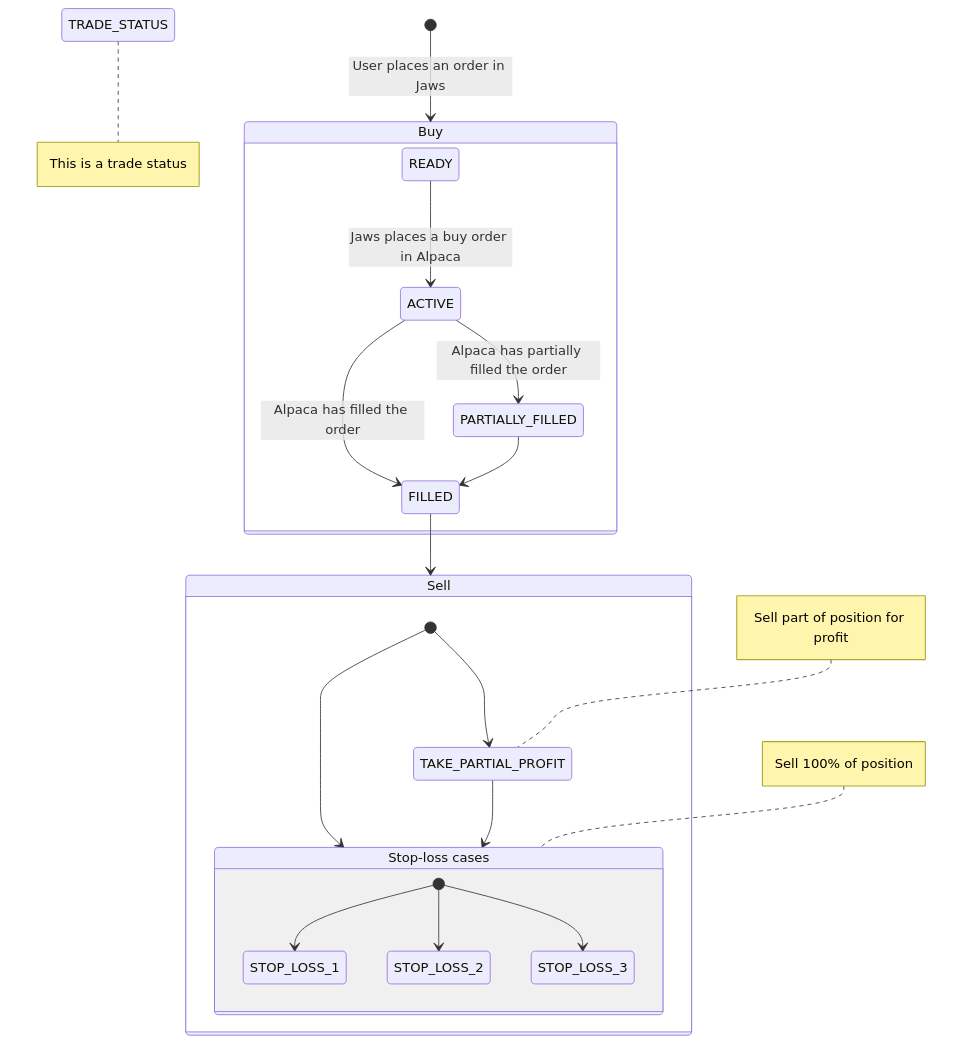
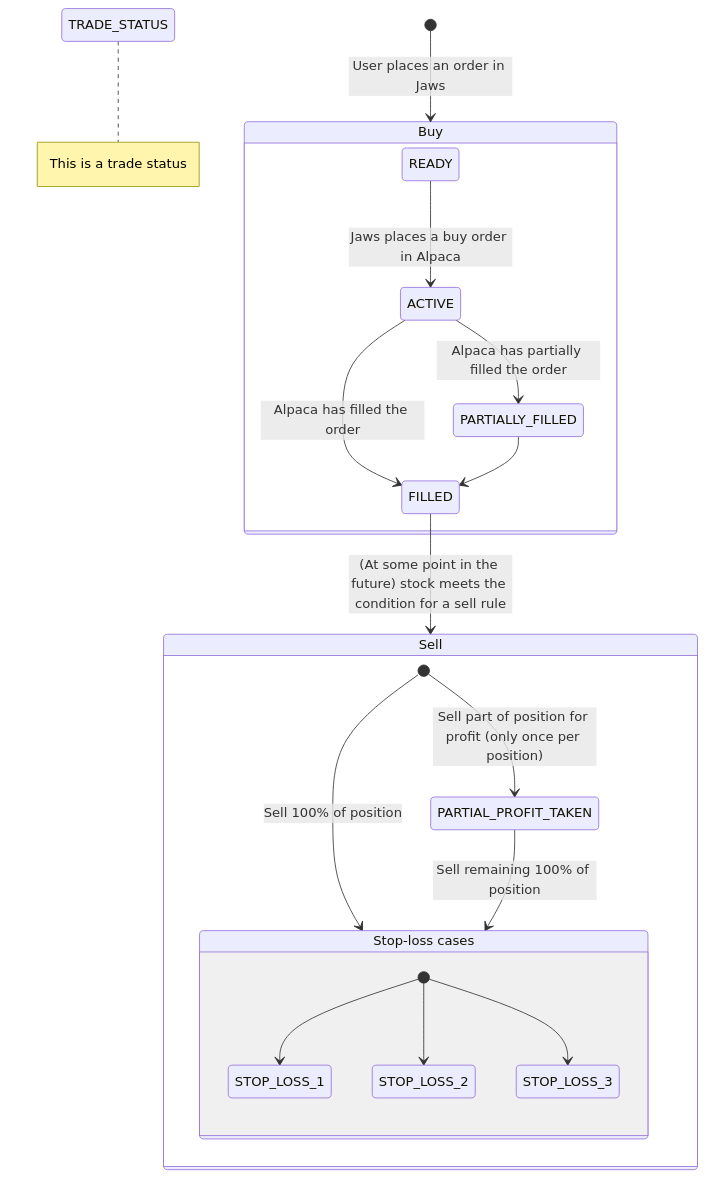
One commit to hejare/jaws changed the diagram in docs/trading-logic.md. Above: the diagram before and after it, drawn with Mermaid. The commit also changed other lines of this file and 13 other files, not shown here.

````diff
--- a/docs/trading-logic.md
+++ b/docs/trading-logic.md
@@ -5,42 +23,35 @@
 ```mermaid
 stateDiagram-v2
 
     TRADE_STATUS
     note right of TRADE_STATUS
         This is a trade status
     end note
 
     [*] --> Buy : User places an order in Jaws
 
     state Buy {
-
         READY --> ACTIVE : Jaws places a buy order in Alpaca
 
         ACTIVE --> FILLED : Alpaca has filled the order
         ACTIVE --> PARTIALLY_FILLED : Alpaca has partially filled the order
 
         PARTIALLY_FILLED --> FILLED
     }
 
-    FILLED --> Sell
+    FILLED --> Sell : (At some point in the future) stock meets the condition for a sell rule
 
     state Sell {
-        [*] --> TAKE_PARTIAL_PROFIT
-        [*] --> StopLoss
+        [*] --> PARTIAL_PROFIT_TAKEN : Sell part of position for profit (only once per position)
+        [*] --> StopLoss : Sell 100% of position
 
-        note left of TAKE_PARTIAL_PROFIT
-            Sell part of position for profit
-        end note
-        TAKE_PARTIAL_PROFIT --> StopLoss
+        PARTIAL_PROFIT_TAKEN --> StopLoss :  Sell remaining 100% of position
 
-        note left of StopLoss
-            Sell 100% of position
-        end note
         StopLoss: Stop-loss cases
         state StopLoss {
             [*] --> STOP_LOSS_1
             [*] --> STOP_LOSS_2
             [*] --> STOP_LOSS_3
         }
     }
 ```
````
